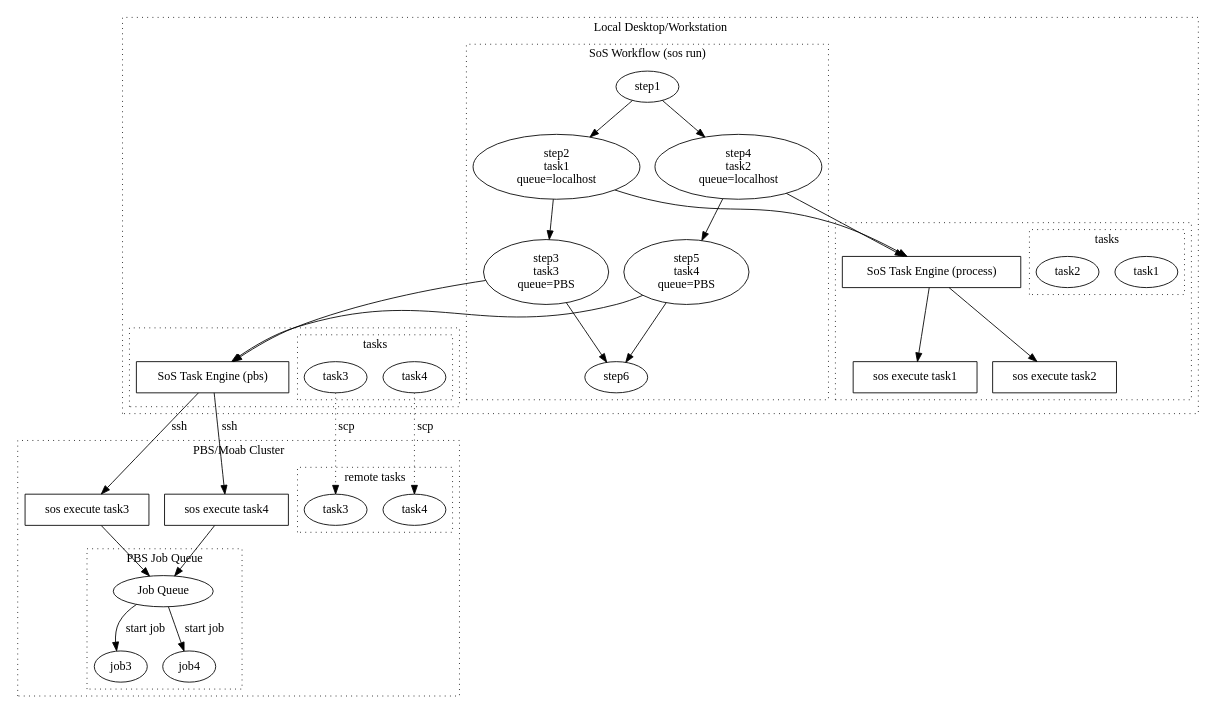
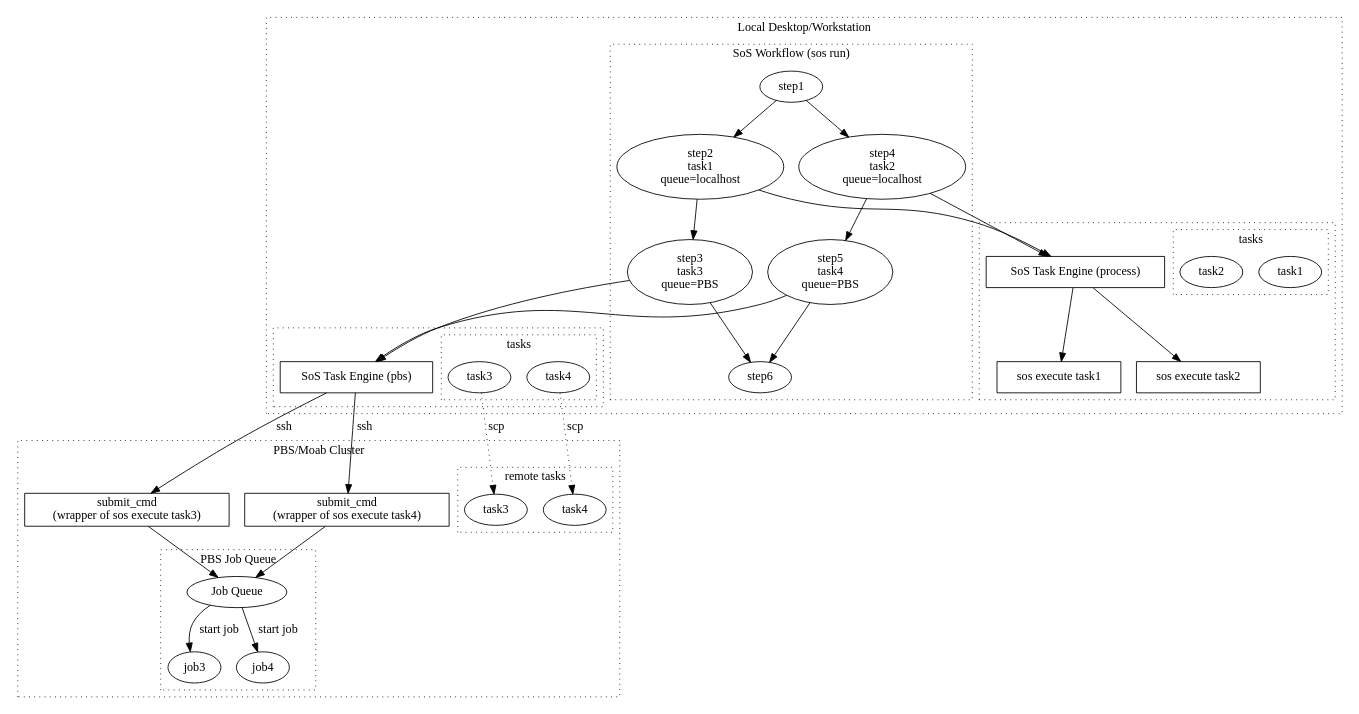
Before and after one commit to vatlab/sos: the diagram in development/doc/job_queue.dot, drawn with Graphviz. The commit also changed 1 other file, not shown here.

```diff
--- a/development/doc/job_queue.dot
+++ b/development/doc/job_queue.dot
@@ -1,80 +1,80 @@
 digraph job_queue {
 	/* source nodes */
     subgraph cluster_0 {
         style=dotted;
         label="Local Desktop/Workstation";
 
         subgraph cluster_1 {
             label="SoS Workflow (sos run)";
             style=dotted;
             style=dotted;
             step2 [label="step2\ntask1\nqueue=localhost"];
             step4 [label="step4\ntask2\nqueue=localhost"];
             step3 [label="step3\ntask3\nqueue=PBS"];
             step5 [label="step5\ntask4\nqueue=PBS"];
             step1 -> step2  -> step3 -> step6;
             step1 -> step4 -> step5 -> step6;
         }
         step2 -> task_engine1;
         step3 -> task_engine2;
         step4 -> task_engine1;
         step5 -> task_engine2;
 
         subgraph cluster_2 {
             label="";
             task_engine1 [label="SoS Task Engine (process)",shape=box];
 
             task_engine1 -> start1;
             task_engine1 -> start2;
             start1 [label="sos execute task1", shape=box];
             start2 [label="sos execute task2", shape=box];
 
             subgraph cluster_3 {
                 label="tasks";
                 task1;
                 task2;
             }
 
         }
         subgraph cluster_4 {
             label="";
             task_engine2 [label="SoS Task Engine (pbs)",shape=box];
 
             subgraph cluster_5 {
                 label="tasks";
                 task3;
                 task4;
             }
         }
 
     }
     subgraph cluster_6 {
         label="PBS/Moab Cluster";
         style=dotted;
 
             subgraph cluster_7 {
                 label="remote tasks";
                 remote_task3 [label="task3"];
                 remote_task4 [label="task4"];
             }
-        remote_start3 [label="sos execute task3", shape=box];
-        remote_start4 [label="sos execute task4", shape=box];
+        remote_start3 [label="submit_cmd\n(wrapper of sos execute task3)", shape=box];
+        remote_start4 [label="submit_cmd\n(wrapper of sos execute task4)", shape=box];
 
         job_queue -> remote_job3 [label="start job"];
         job_queue -> remote_job4 [label="start job"];
         
         remote_start3 -> job_queue;
         remote_start4 -> job_queue;
         subgraph cluster_8 {
             style=dotted;
             label="PBS Job Queue";
             job_queue [label="Job Queue"];
             remote_job3 [label="job3"];
             remote_job4 [label="job4"];
         }
     }
     task3 -> remote_task3 [label="scp", style=dotted];
     task4 -> remote_task4 [label="scp", style=dotted];
     task_engine2 -> remote_start3 [label="ssh"];
     task_engine2 -> remote_start4 [label="ssh"];
 }
```
